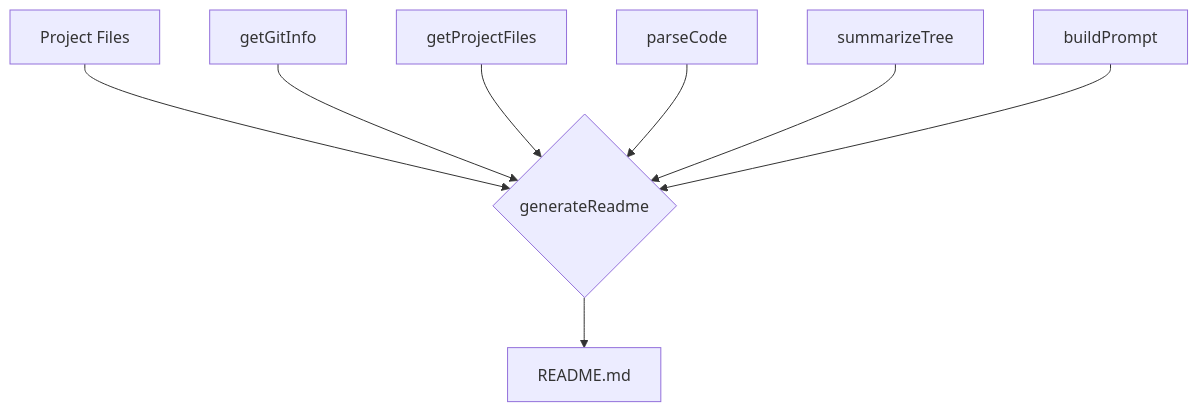
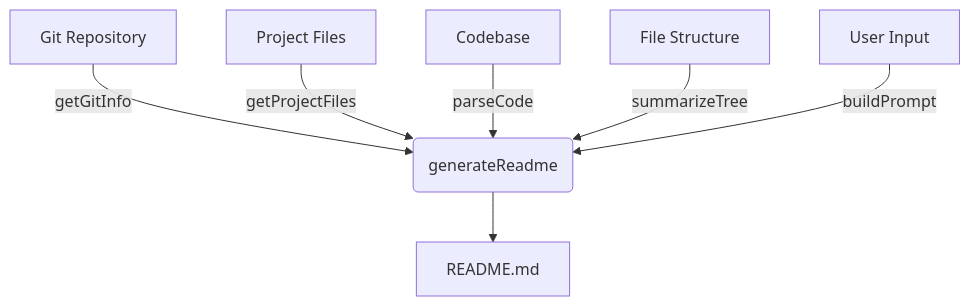
The first of 2 diagrams in README.md (PIYUSH1SAINI/ReadMe-wiz), drawn with Mermaid before and after one commit. The commit also changed other lines of this file and 1 other file, not shown here.

Commit message:
Updated custom badge url - generateReadme

````diff
--- a/README.md
+++ b/README.md
@@ -12,10 +11,9 @@
 ```mermaid
 graph TD
-    A[Project Files] --> B{generateReadme};
-    C[getGitInfo] --> B;
-    D[getProjectFiles] --> B;
-    E[parseCode] --> B;
-    F[summarizeTree] --> B;
-    G[buildPrompt] --> B;
-    B --> H[README.md];
+    A[Git Repository] -->|getGitInfo| B(generateReadme);
+    C[Project Files] -->|getProjectFiles| B;
+    D[Codebase] -->|parseCode| B;
+    E[File Structure] -->|summarizeTree| B;
+    F[User Input] -->|buildPrompt| B;
+    B --> G[README.md];
 ```
````
